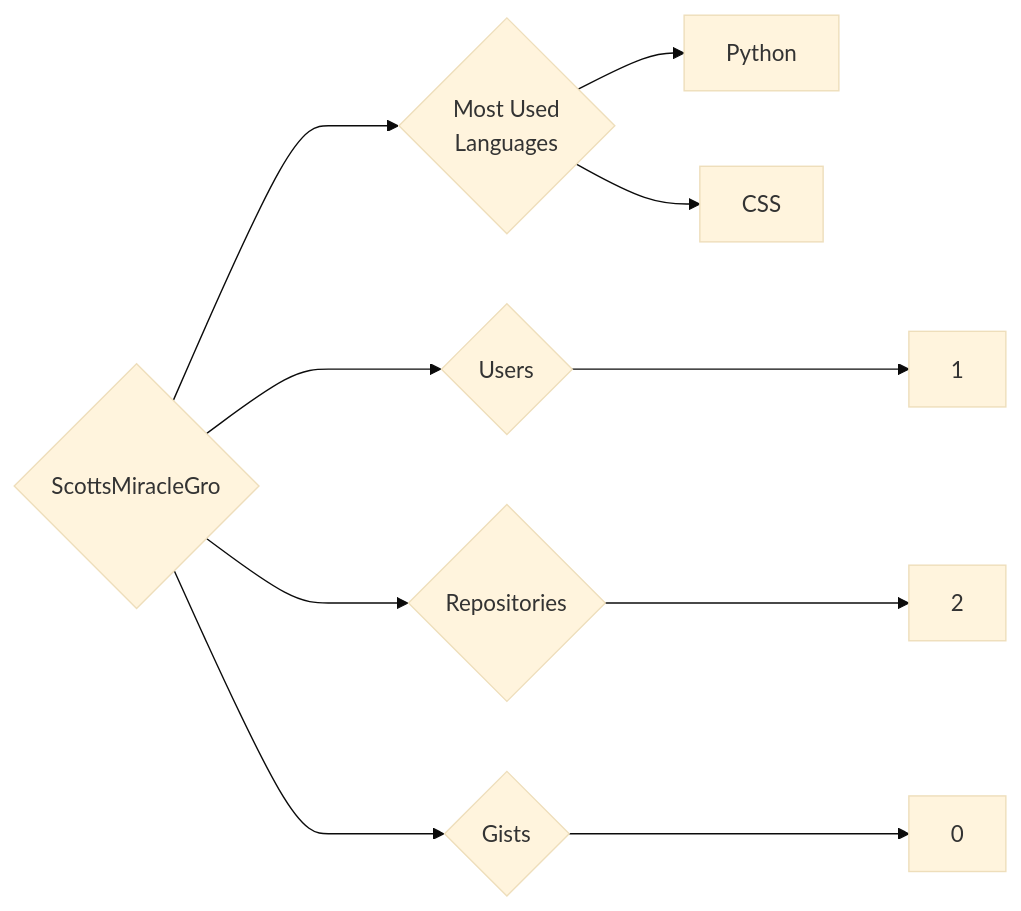
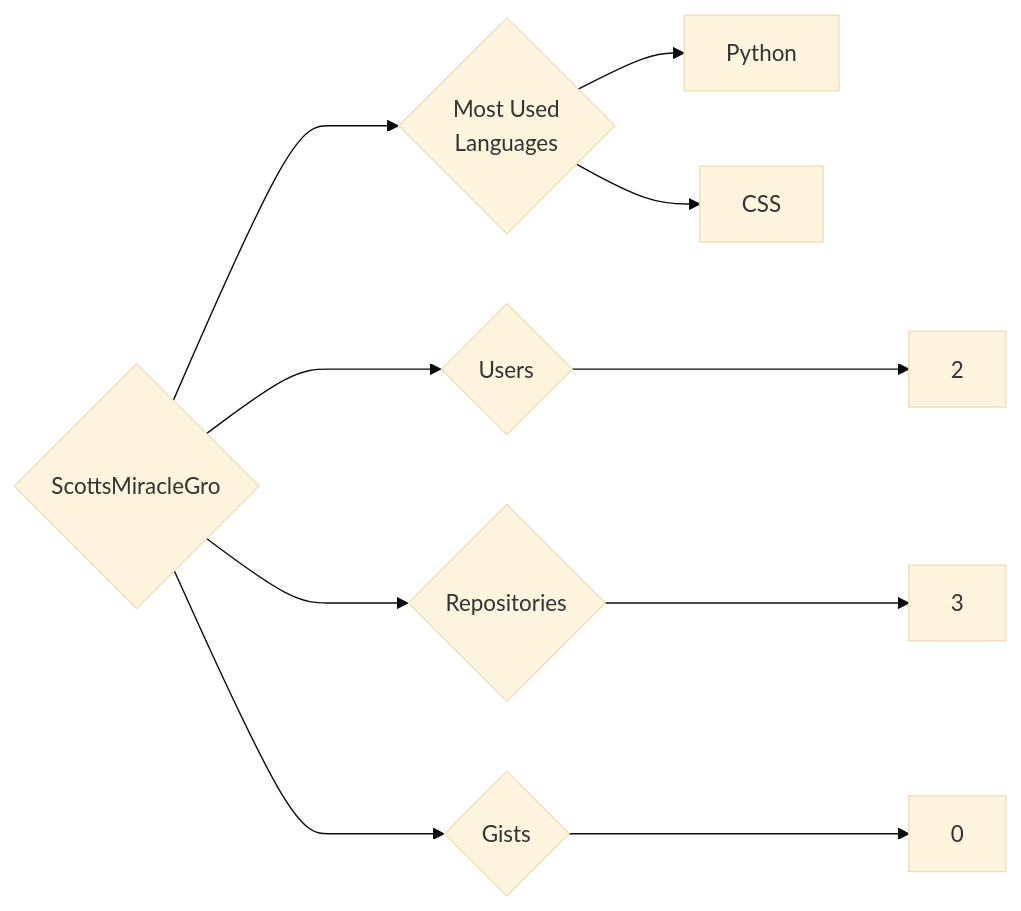
One commit to trickest/insiders changed the diagram in targets/ScottsMiracleGro/README.md. Above: the diagram before and after it, drawn with Mermaid (base theme). The commit also changed 829 other files, not shown here.

````diff
--- a/targets/ScottsMiracleGro/README.md
+++ b/targets/ScottsMiracleGro/README.md
@@ -3,10 +3,10 @@
 ```mermaid
 graph LR
 COMPANY_NAME{ScottsMiracleGro}
-COMPANY_NAME ---> U{Users} ---> UN[1]
-COMPANY_NAME ---> R{Repositories} ---> RN[2]
+COMPANY_NAME ---> U{Users} ---> UN[2]
+COMPANY_NAME ---> R{Repositories} ---> RN[3]
 COMPANY_NAME ---> G{Gists} ---> GN[0]
 COMPANY_NAME ---> ML{Most Used<br>Languages}
 ML --> Python[Python]
 ML --> CSS[CSS]
 ```
````
